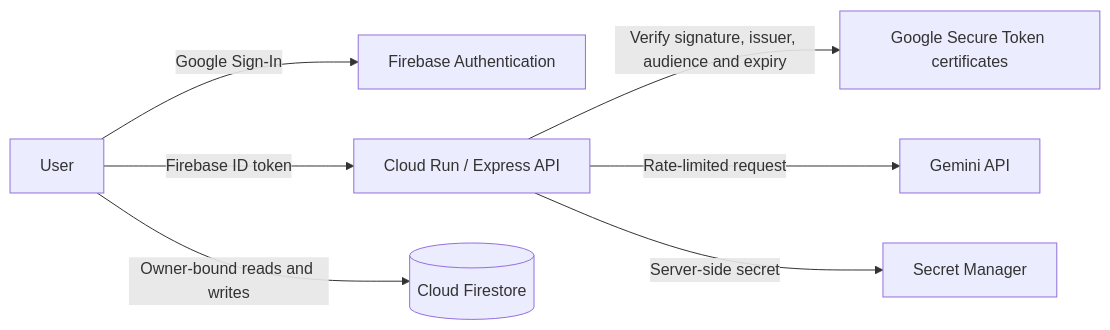
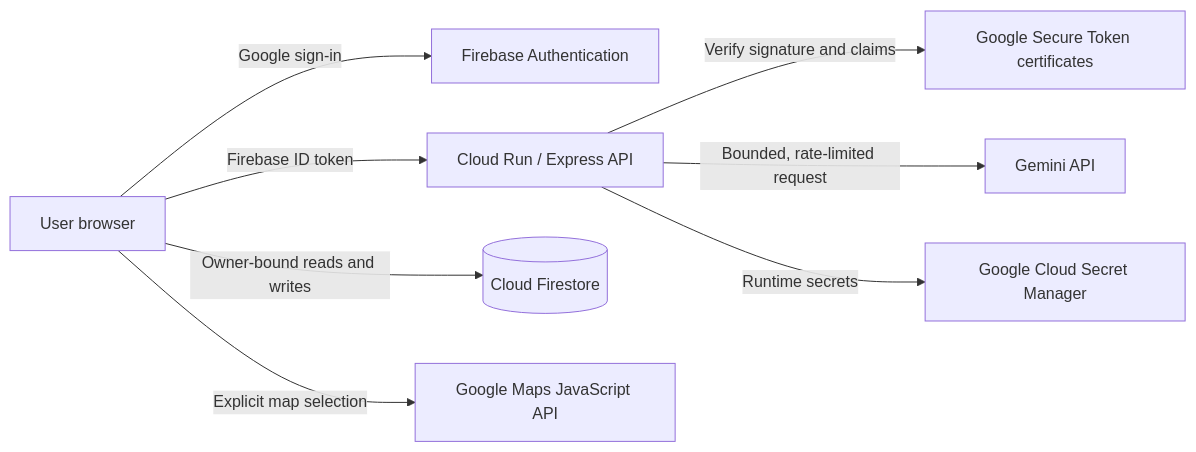
One commit to NNBtw/reflective-gemini-journal changed the diagram in README.md. Above: the diagram before and after it, drawn with Mermaid. The commit also changed other lines of this file and 4 other files, not shown here.

````diff
--- a/README.md
+++ b/README.md
@@ -20,9 +47,10 @@
 ```mermaid
 flowchart LR
-  U[User] -->|Google Sign-In| A[Firebase Authentication]
+  U[User browser] -->|Google sign-in| A[Firebase Authentication]
   U -->|Firebase ID token| C[Cloud Run / Express API]
-  C -->|Verify signature, issuer, audience and expiry| F[Google Secure Token certificates]
-  C -->|Rate-limited request| G[Gemini API]
+  C -->|Verify signature and claims| K[Google Secure Token certificates]
+  C -->|Bounded, rate-limited request| G[Gemini API]
   U -->|Owner-bound reads and writes| D[(Cloud Firestore)]
-  C -->|Server-side secret| S[Secret Manager]
+  C -->|Runtime secrets| S[Google Cloud Secret Manager]
+  U -->|Explicit map selection| M[Google Maps JavaScript API]
 ```
````
